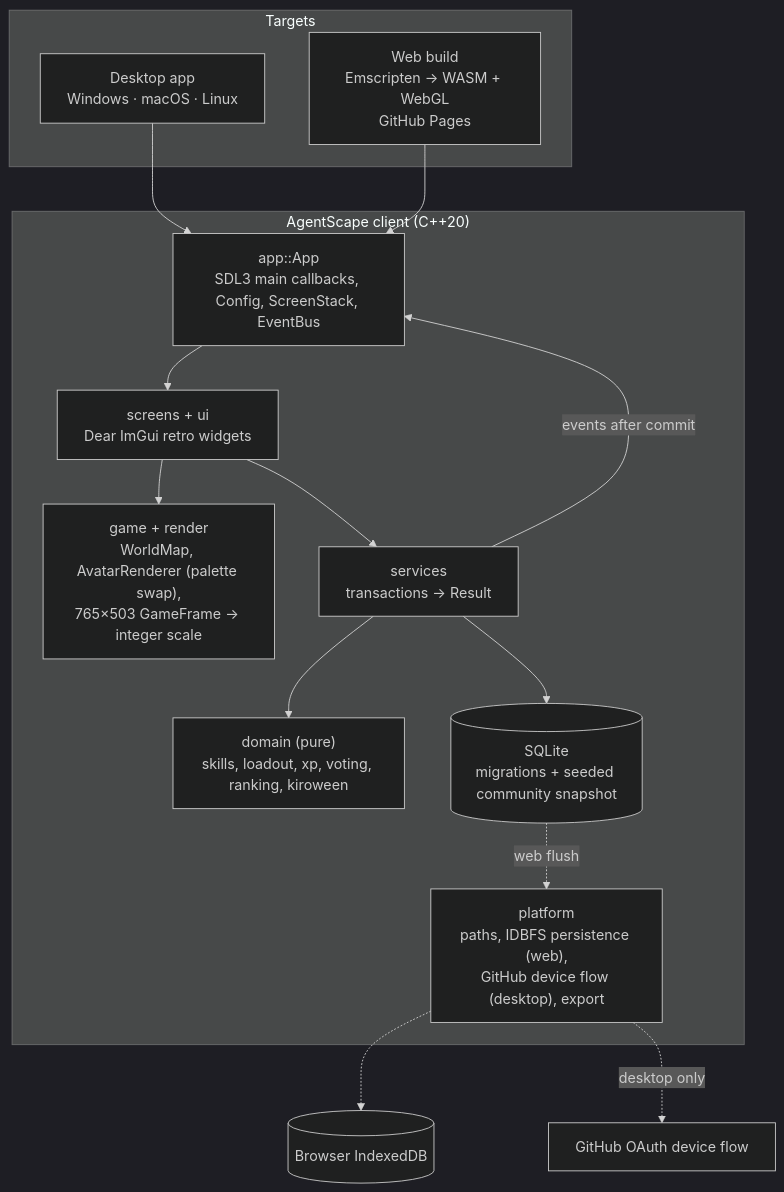
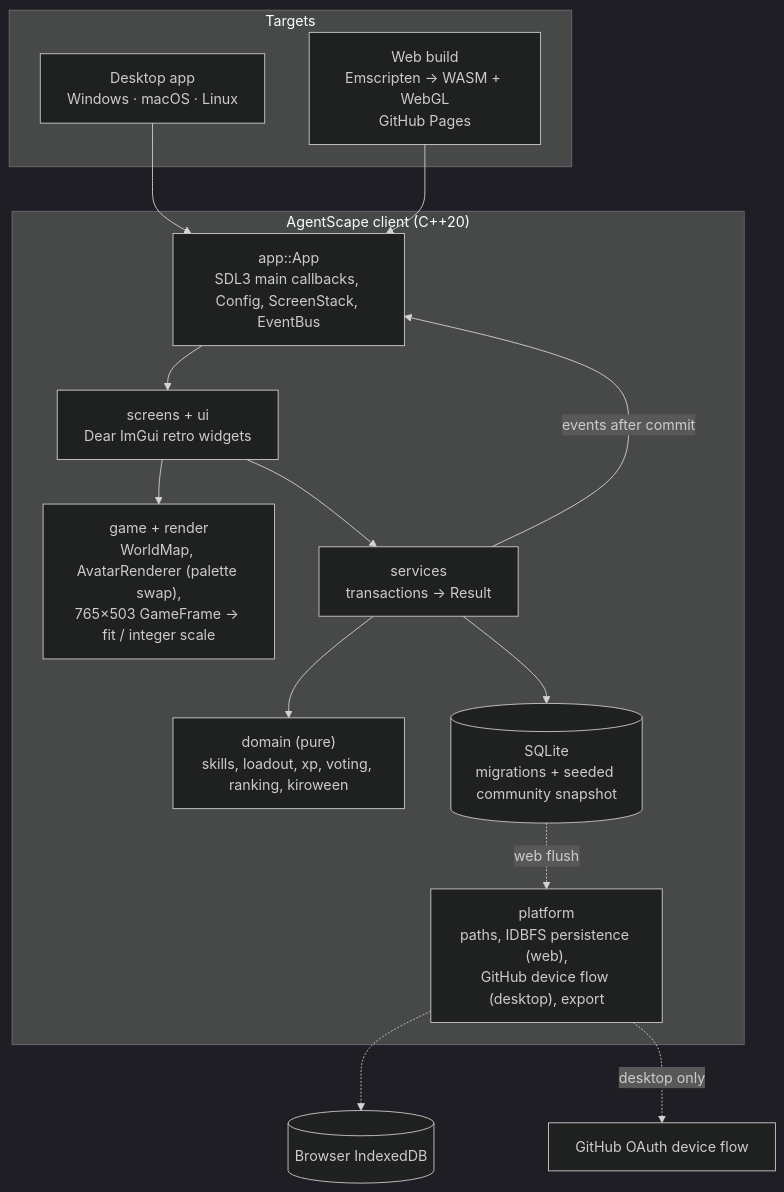
One commit to marquisxgrove/AgentScape changed the second of 3 diagrams in docs/DESIGN.md. Above: the diagram before and after it, drawn with Mermaid (dark theme). The commit also changed other lines of this file and 17 other files, not shown here.

First line of the commit message:
Fit the game frame to the window, with a Pixel-perfect scaling setting

````diff
--- a/docs/DESIGN.md
+++ b/docs/DESIGN.md
@@ -175,26 +175,26 @@
 ```mermaid
 flowchart TB
   subgraph Targets
     Desk["Desktop app\nWindows · macOS · Linux"]
     Web["Web build\nEmscripten → WASM + WebGL\nGitHub Pages"]
   end
   subgraph Client["AgentScape client (C++20)"]
     APP["app::App\nSDL3 main callbacks, Config, ScreenStack, EventBus"]
     UI["screens + ui\nDear ImGui retro widgets"]
-    GAME["game + render\nWorldMap, AvatarRenderer (palette swap),\n765×503 GameFrame → integer scale"]
+    GAME["game + render\nWorldMap, AvatarRenderer (palette swap),\n765×503 GameFrame → fit / integer scale"]
     SVC["services\ntransactions → Result<T, GameError>"]
     DOM["domain (pure)\nskills, loadout, xp, voting, ranking, kiroween"]
     DB[("SQLite\nmigrations + seeded community snapshot")]
     PLAT["platform\npaths, IDBFS persistence (web),\nGitHub device flow (desktop), export"]
   end
   GH[GitHub OAuth device flow]
   IDB[(Browser IndexedDB)]
   Desk --> APP
   Web --> APP
   APP --> UI --> SVC --> DOM
   UI --> GAME
   SVC --> DB
   SVC -- events after commit --> APP
   DB -. web flush .-> PLAT -.-> IDB
   PLAT -. desktop only .-> GH
 ```
````
